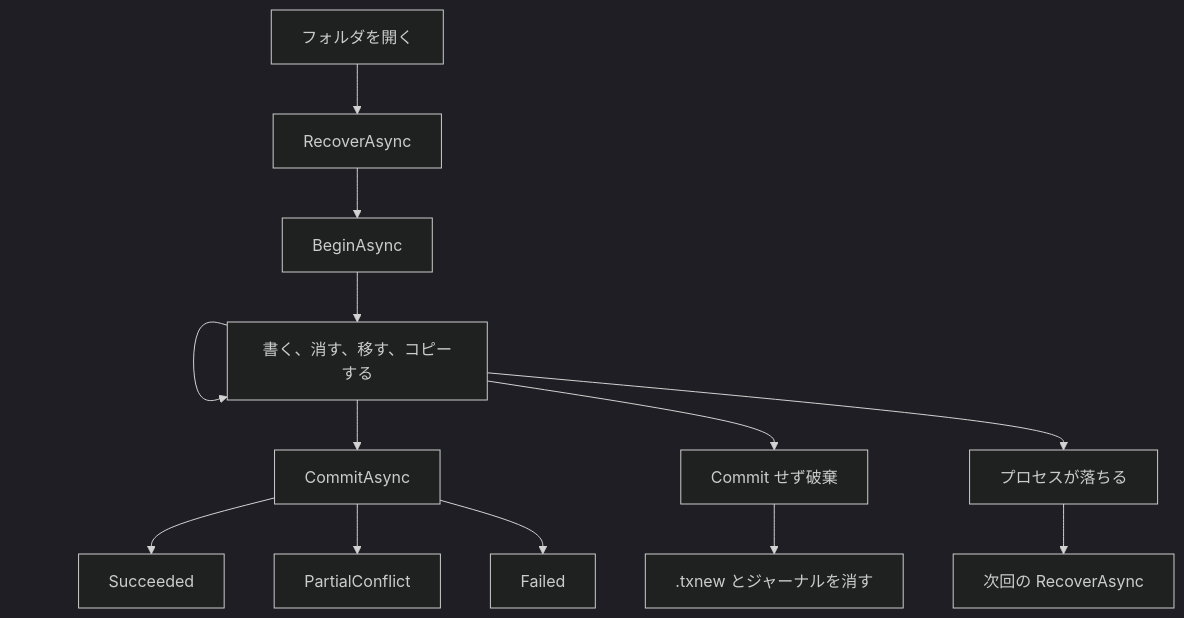
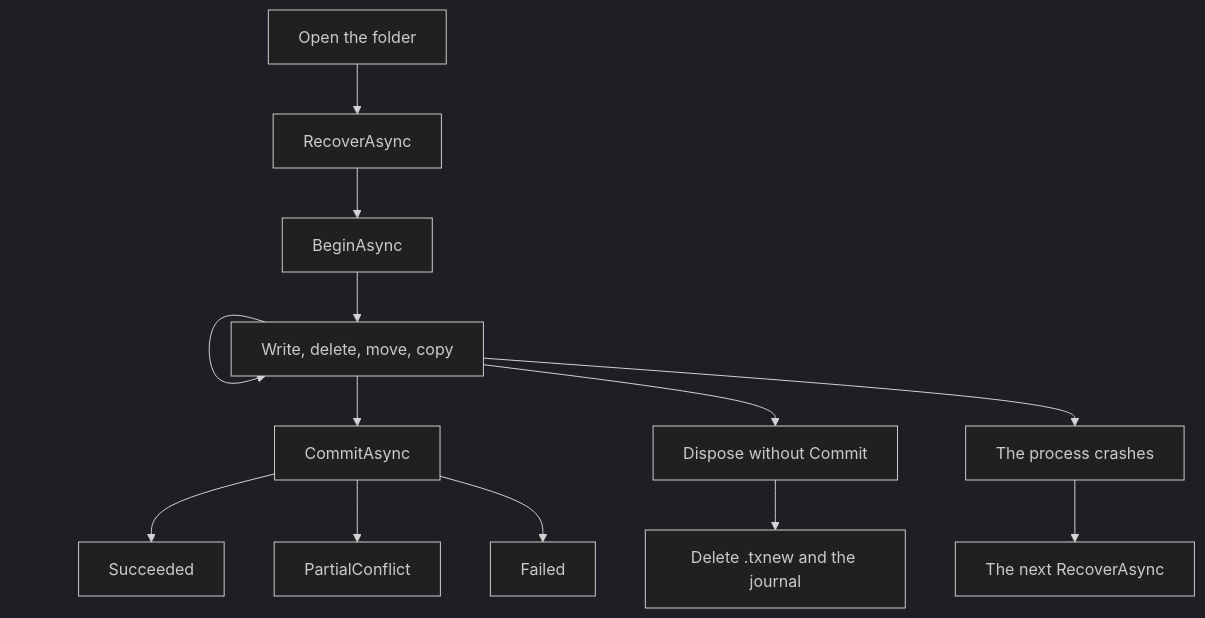
The first of 15 diagrams in README.md (YUKIKEDA/Txfio), drawn with Mermaid (dark theme) before and after one commit. The commit also changed other lines of this file and 218 other files, not shown here.

````diff
--- a/README.md
+++ b/README.md
@@ -81,15 +83,15 @@
 ```mermaid
 flowchart TD
-  open["フォルダを開く"] --> recover["RecoverAsync"]
+  open["Open the folder"] --> recover["RecoverAsync"]
   recover --> begin["BeginAsync"]
-  begin --> stage["書く、消す、移す、コピーする"]
+  begin --> stage["Write, delete, move, copy"]
   stage --> stage
   stage --> commit["CommitAsync"]
-  stage --> dispose["Commit せず破棄"]
-  stage --> crash["プロセスが落ちる"]
+  stage --> dispose["Dispose without Commit"]
+  stage --> crash["The process crashes"]
   commit --> succeeded["Succeeded"]
   commit --> partial["PartialConflict"]
   commit --> failed["Failed"]
-  dispose --> rolled[".txnew とジャーナルを消す"]
-  crash --> next["次回の RecoverAsync"]
+  dispose --> rolled["Delete .txnew and the journal"]
+  crash --> next["The next RecoverAsync"]
 ```
````
